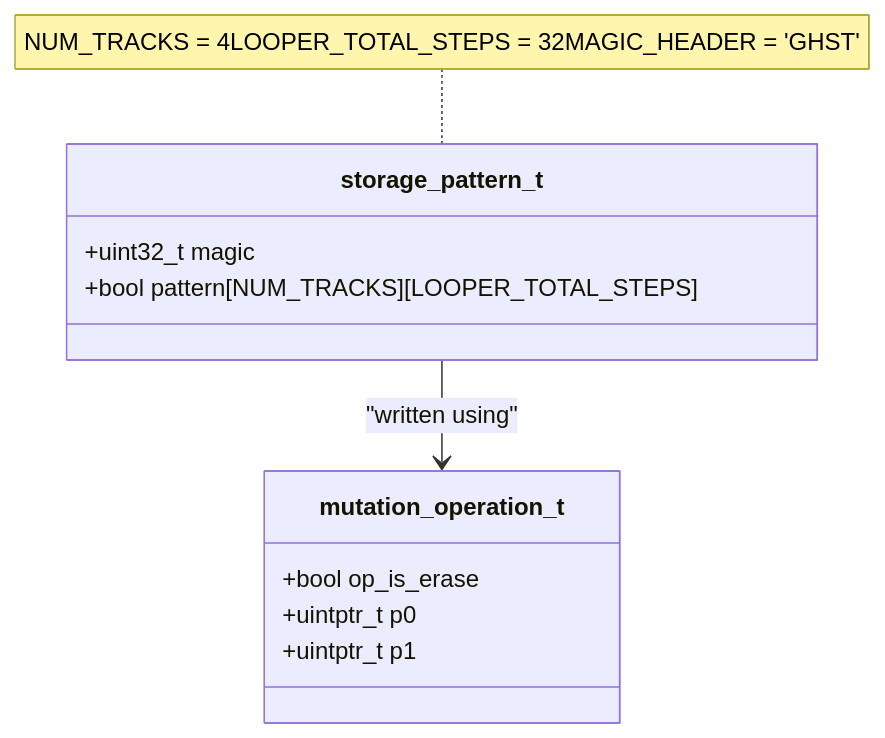
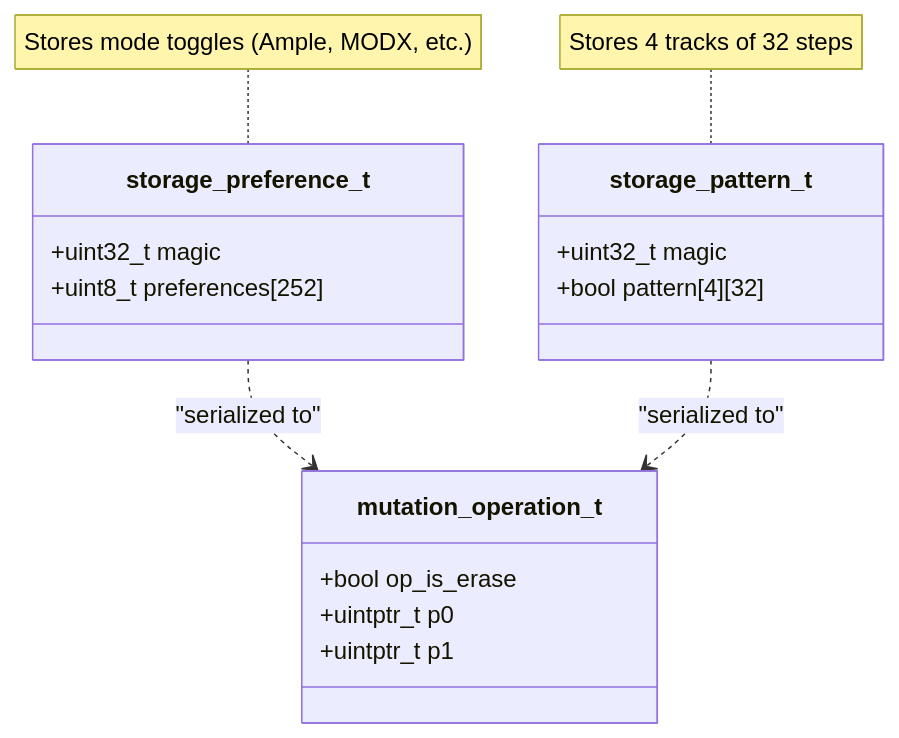
One commit to Jus-Be/orinayo-pico changed the second of 3 diagrams in wiki/8.2-pattern-storage.md. Above: the diagram before and after it, drawn with Mermaid. The commit also changed other lines of this file and 42 other files, not shown here.

````diff
--- a/wiki/8.2-pattern-storage.md
+++ b/wiki/8.2-pattern-storage.md
@@ -82,14 +77,20 @@
 ```mermaid
 classDiagram
-    note for storage_pattern_t "NUM_TRACKS = 4LOOPER_TOTAL_STEPS = 32MAGIC_HEADER = 'GHST'"
+    note for storage_preference_t "Stores mode toggles (Ample, MODX, etc.)"
+    note for storage_pattern_t "Stores 4 tracks of 32 steps"
+    class storage_preference_t {
+        +uint32_t magic
+        +uint8_t preferences[252]
+    }
     class storage_pattern_t {
         +uint32_t magic
-        +bool pattern[NUM_TRACKS][LOOPER_TOTAL_STEPS]
+        +bool pattern[4][32]
     }
     class mutation_operation_t {
         +bool op_is_erase
         +uintptr_t p0
         +uintptr_t p1
     }
-    storage_pattern_t --> mutation_operation_t : "written using"
+    storage_preference_t ..> mutation_operation_t : "serialized to"
+    storage_pattern_t ..> mutation_operation_t : "serialized to"
 ```
````
